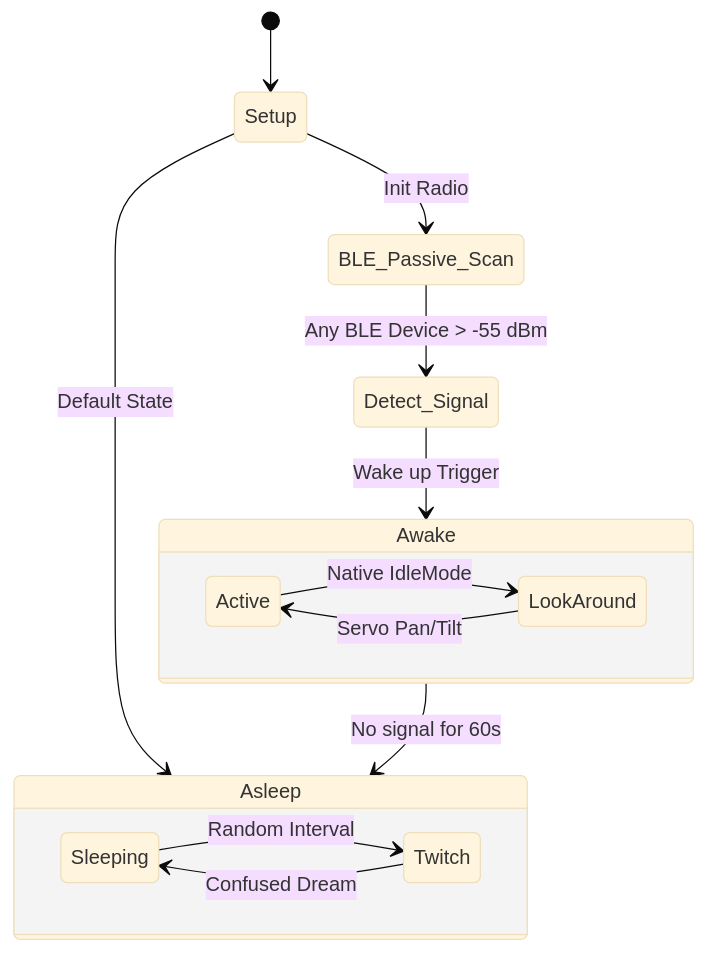
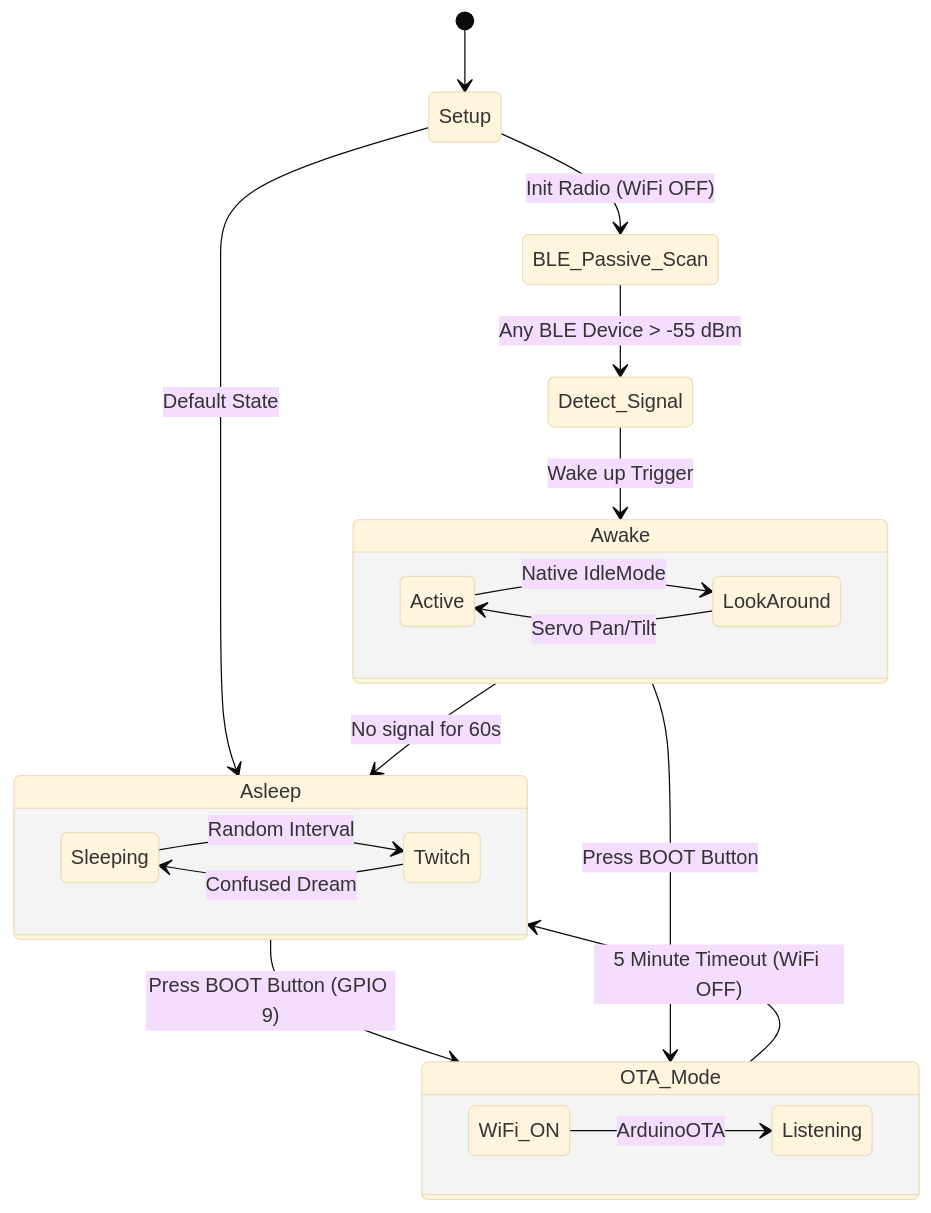
Before and after one commit to devakshay07/EraDeskBot: the second of 2 diagrams in README.md, drawn with Mermaid (base theme). The commit also changed other lines of this file and 1 other file, not shown here.

Commit message:
feat: physical BOOT button triggers 5-min OTA window for zero radio collision

````diff
--- a/README.md
+++ b/README.md
@@ -59,23 +59,32 @@
 ```mermaid
 stateDiagram-v2
     [*] --> Setup
-    Setup --> BLE_Passive_Scan : Init Radio
+    Setup --> BLE_Passive_Scan : Init Radio (WiFi OFF)
     Setup --> Asleep : Default State
     
     state Asleep {
         direction LR
         Sleeping --> Twitch : Random Interval
         Twitch --> Sleeping : Confused Dream
     }
     
     state Awake {
         direction LR
         Active --> LookAround : Native IdleMode
         LookAround --> Active : Servo Pan/Tilt
     }
     
+    state OTA_Mode {
+        direction LR
+        WiFi_ON --> Listening : ArduinoOTA
+    }
+    
     BLE_Passive_Scan --> Detect_Signal : Any BLE Device > -55 dBm
     
     Detect_Signal --> Awake : Wake up Trigger
     Awake --> Asleep : No signal for 60s
+    
+    Asleep --> OTA_Mode : Press BOOT Button (GPIO 9)
+    Awake --> OTA_Mode : Press BOOT Button
+    OTA_Mode --> Asleep : 5 Minute Timeout (WiFi OFF)
 ```
````
